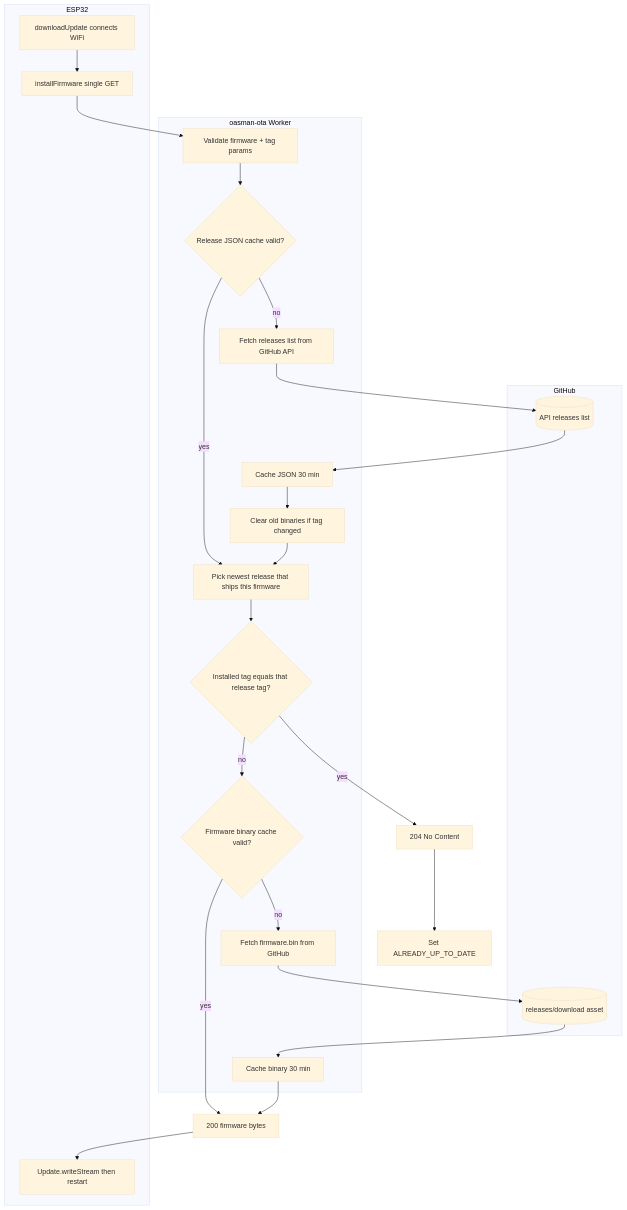
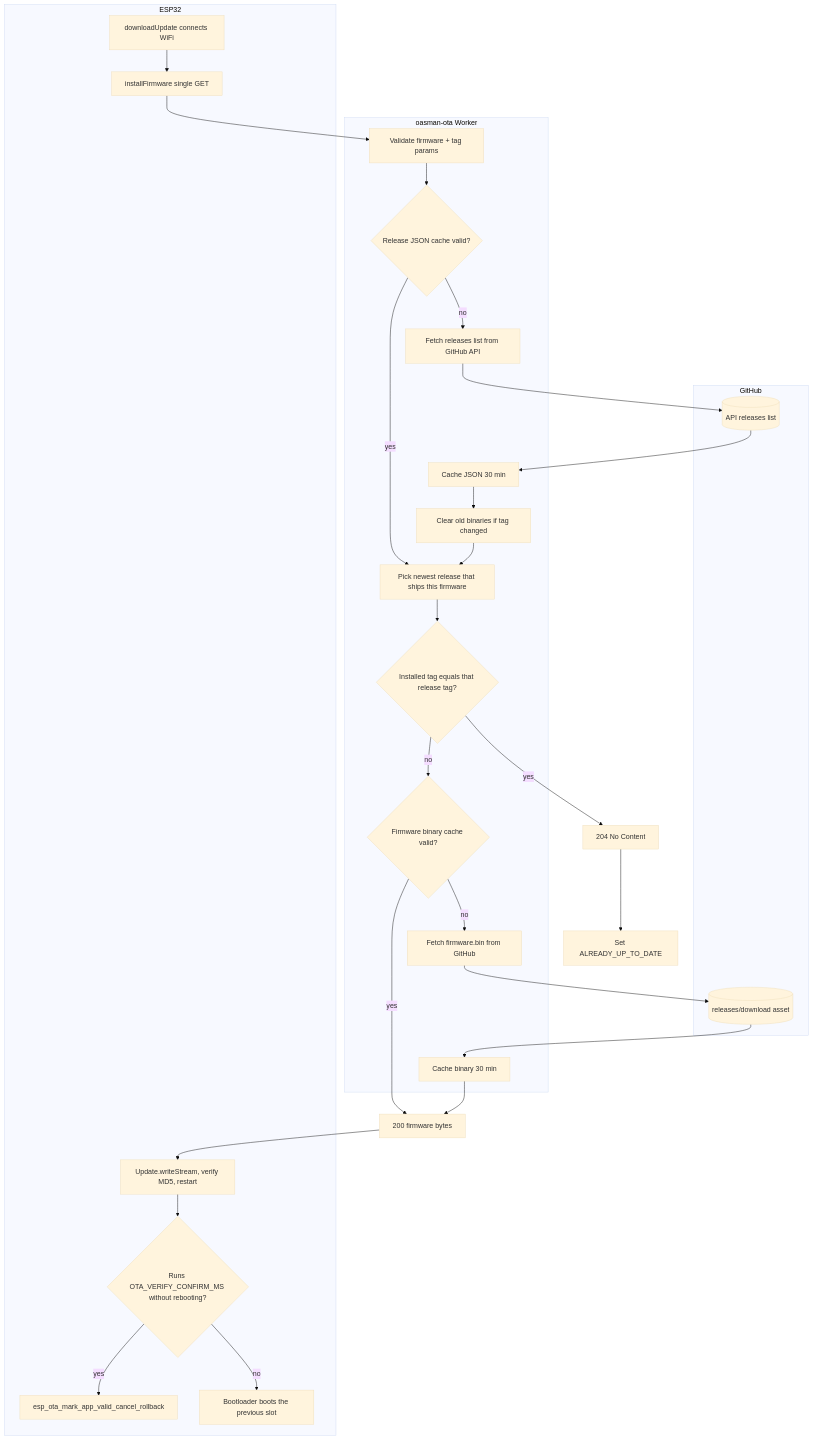
Before and after one commit to gopro2027/ArduinoAirSuspensionController: the first of 2 diagrams in ESP32_SHARED_LIBS/src/oasman-ota_flowchart.md, drawn with Mermaid (base theme). The commit also changed other lines of this file and 9 other files, not shown here.

````diff
--- a/ESP32_SHARED_LIBS/src/oasman-ota_flowchart.md
+++ b/ESP32_SHARED_LIBS/src/oasman-ota_flowchart.md
@@ -13,46 +13,52 @@
 ```mermaid
 flowchart TB
     subgraph esp32 [ESP32]
         A[downloadUpdate connects WiFi]
         B[installFirmware single GET]
-        C[Update.writeStream then restart]
+        C[Update.writeStream, verify MD5, restart]
+        V{Runs OTA_VERIFY_CONFIRM_MS without rebooting?}
+        OK[esp_ota_mark_app_valid_cancel_rollback]
+        RB[Bootloader boots the previous slot]
     end
 
     subgraph worker [oasman-ota Worker]
         D[Validate firmware + tag params]
         E{Release JSON cache valid?}
         F[Fetch releases list from GitHub API]
         G[Cache JSON 30 min]
         M[Pick newest release that ships this firmware]
         H{Installed tag equals that release tag?}
         I{Firmware binary cache valid?}
         J[Fetch firmware.bin from GitHub]
         K[Cache binary 30 min]
         L[Clear old binaries if tag changed]
     end
 
     subgraph github [GitHub]
         API[(API releases list)]
         BIN[(releases/download asset)]
     end
 
     A --> B
     B --> D
     D --> E
     E -->|yes| M
     E -->|no| F
     F --> API
     API --> G
     G --> L
     L --> M
     M --> H
     H -->|yes| R204["204 No Content"]
     H -->|no| I
     I -->|yes| R200["200 firmware bytes"]
     I -->|no| J
     J --> BIN
     BIN --> K
     K --> R200
     R204 --> ESP204[Set ALREADY_UP_TO_DATE]
     R200 --> C
+    C --> V
+    V -->|yes| OK
+    V -->|no| RB
 ```
````
